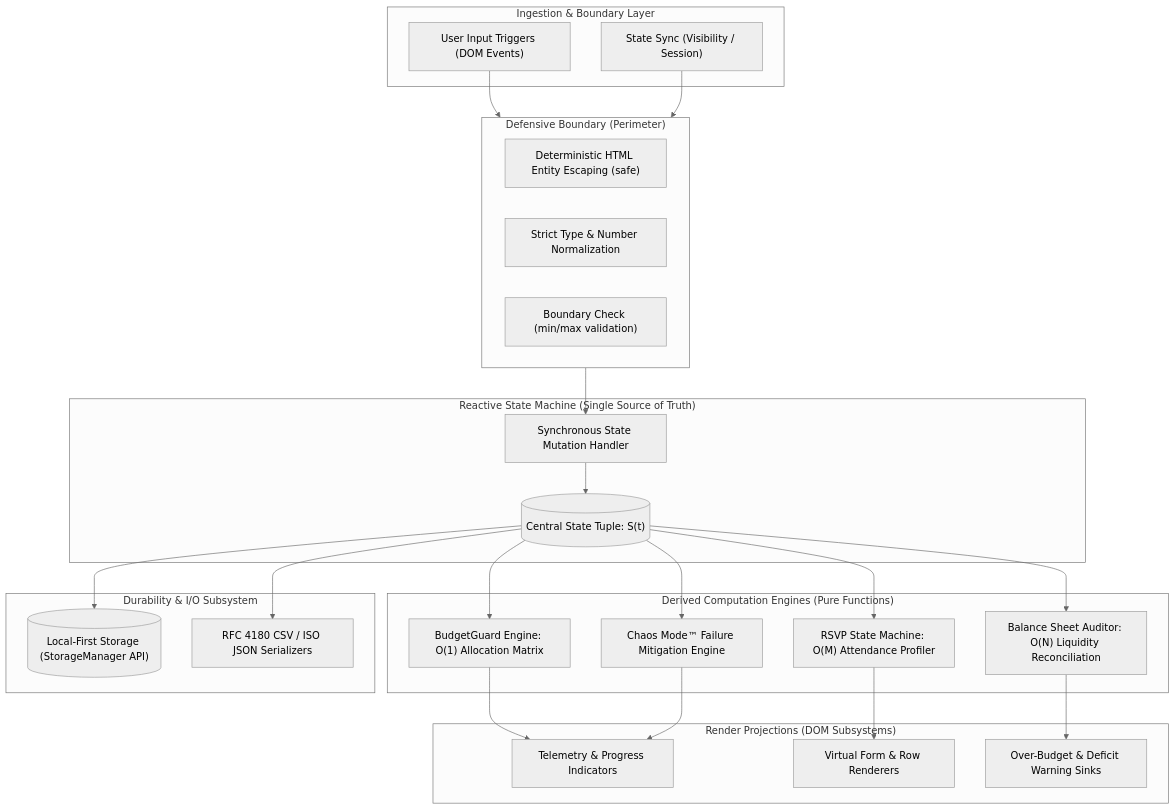
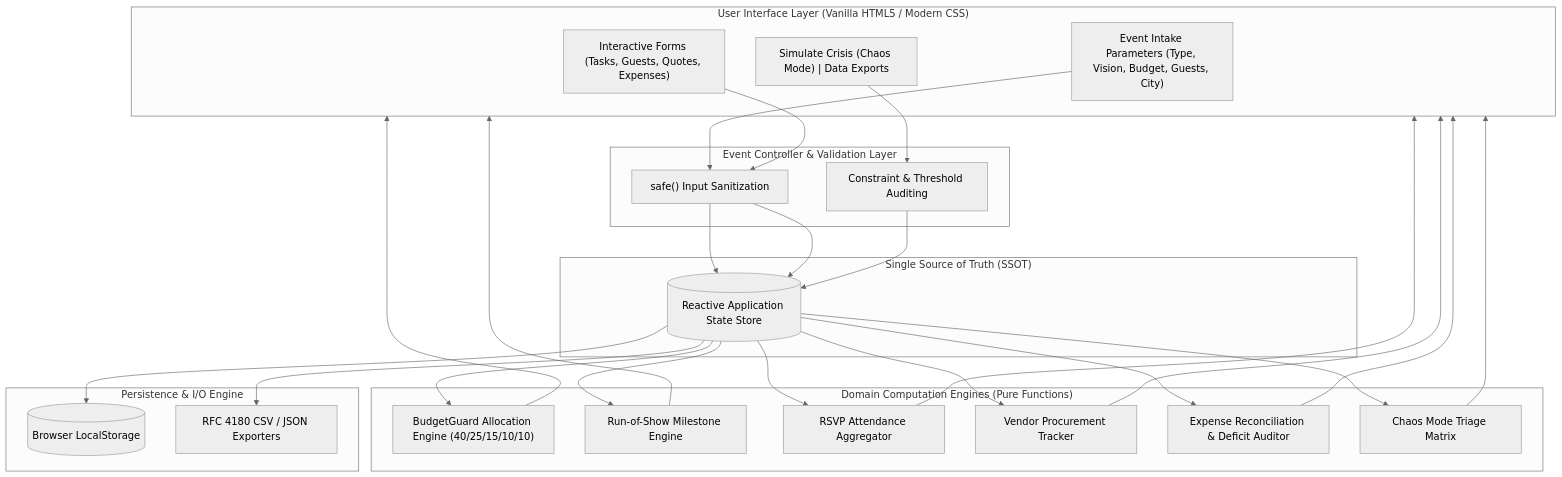
The diagram in README.md (Anu5156/EventVerse_AI_V4), drawn with Mermaid (neutral theme) before and after one commit. The commit also changed other lines of this file, not shown here.

````diff
--- a/README.md
+++ b/README.md
@@ -23,48 +133,45 @@
 ```mermaid
-flowchart TB
-    subgraph Ingestion ["Ingestion & Boundary Layer"]
-        CLI["User Input Triggers (DOM Events)"]
-        Sensors["State Sync (Visibility / Session)"]
+flowchart TD
+    subgraph UI ["User Interface Layer (Vanilla HTML5 / Modern CSS)"]
+        Inputs["Event Intake Parameters (Type, Vision, Budget, Guests, City)"]
+        Forms["Interactive Forms (Tasks, Guests, Quotes, Expenses)"]
+        Actions["Simulate Crisis (Chaos Mode) | Data Exports"]
     end
 
-    subgraph Defense ["Defensive Boundary (Perimeter)"]
-        Sanitize["Deterministic HTML Entity Escaping (safe)"]
-        TypeCoerce["Strict Type & Number Normalization"]
-        Bounds["Boundary Check (min/max validation)"]
+    subgraph Controller ["Event Controller & Validation Layer"]
+        Sanitizer["safe() Input Sanitization"]
+        Validator["Constraint & Threshold Auditing"]
     end
 
-    subgraph Core ["Reactive State Machine (Single Source of Truth)"]
-        State[("Central State Tuple: S(t)")]
-        Reducer["Synchronous State Mutation Handler"]
+    subgraph StateMachine ["Single Source of Truth (SSOT)"]
+        CentralState[("Reactive Application State Store")]
     end
 
-    subgraph Computation ["Derived Computation Engines (Pure Functions)"]
-        BudgetEngine["BudgetGuard Engine: O(1) Allocation Matrix"]
-        LedgerAudit["Balance Sheet Auditor: O(N) Liquidity Reconciliation"]
-        RSVPAggregator["RSVP State Machine: O(M) Attendance Profiler"]
-        ChaosMatrix["Chaos Mode™ Failure Mitigation Engine"]
+    subgraph Engines ["Domain Computation Engines (Pure Functions)"]
+        BudgetGuard["BudgetGuard Allocation Engine (40/25/15/10/10)"]
+        RunOfShow["Run-of-Show Milestone Engine"]
+        RSVPEngine["RSVP Attendance Aggregator"]
+        VendorEngine["Vendor Procurement Tracker"]
+        Ledger["Expense Reconciliation & Deficit Auditor"]
+        ChaosEngine["Chaos Mode Triage Matrix"]
     end
 
-    subgraph Projections ["Render Projections (DOM Subsystems)"]
-        MetricViews["Telemetry & Progress Indicators"]
-        TableView["Virtual Form & Row Renderers"]
-        AlertSink["Over-Budget & Deficit Warning Sinks"]
+    subgraph Persistence ["Persistence & I/O Engine"]
+        LocalStorage[("Browser LocalStorage")]
+        FileExporter["RFC 4180 CSV / JSON Exporters"]
     end
 
-    subgraph Persistence ["Durability & I/O Subsystem"]
-        LocalStore[("Local-First Storage (StorageManager API)")]
-        Serializer["RFC 4180 CSV / ISO JSON Serializers"]
-    end
+    Inputs --> Sanitizer --> CentralState
+    Forms --> Sanitizer --> CentralState
+    Actions --> Validator --> CentralState
 
-    CLI --> Defense
-    Sensors --> Defense
-    Defense --> Reducer --> State
+    CentralState --> BudgetGuard --> UI
+    CentralState --> RunOfShow --> UI
+    CentralState --> RSVPEngine --> UI
+    CentralState --> VendorEngine --> UI
+    CentralState --> Ledger --> UI
+    CentralState --> ChaosEngine --> UI
 
-    State --> BudgetEngine --> MetricViews
-    State --> LedgerAudit --> AlertSink
-    State --> RSVPAggregator --> TableView
-    State --> ChaosMatrix --> MetricViews
-
-    State --> LocalStore
-    State --> Serializer
+    CentralState --> LocalStorage
+    CentralState --> FileExporter
 ```
````
